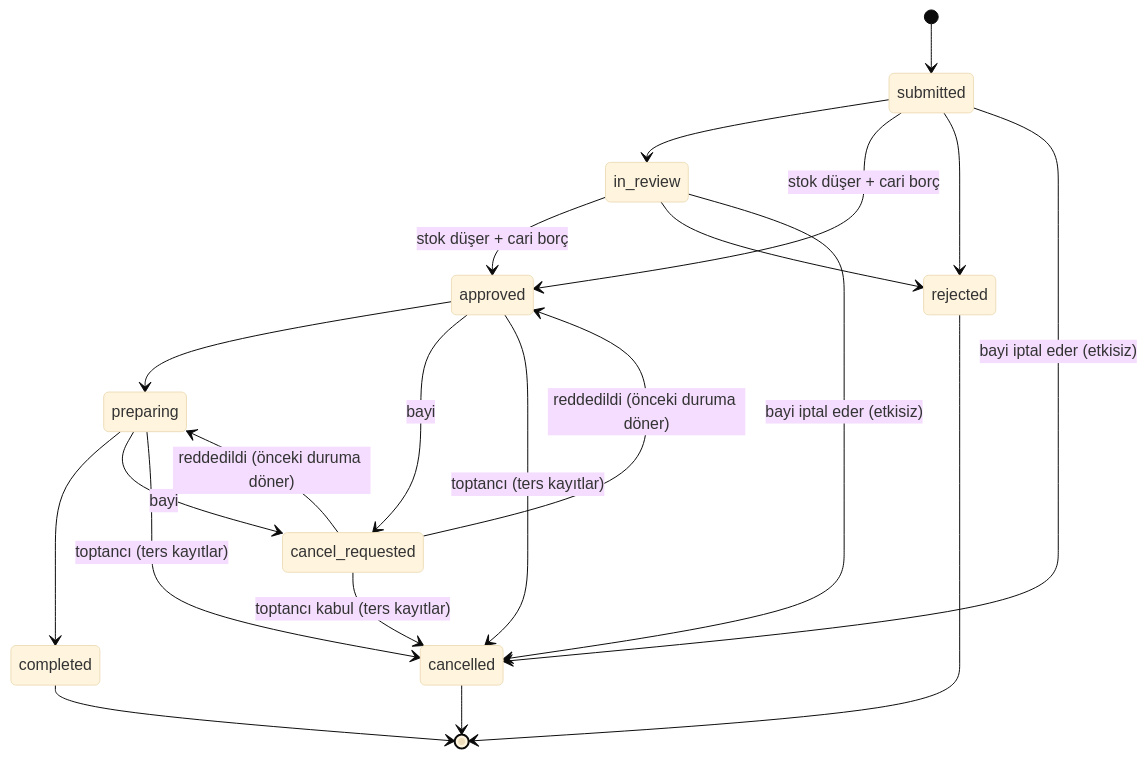
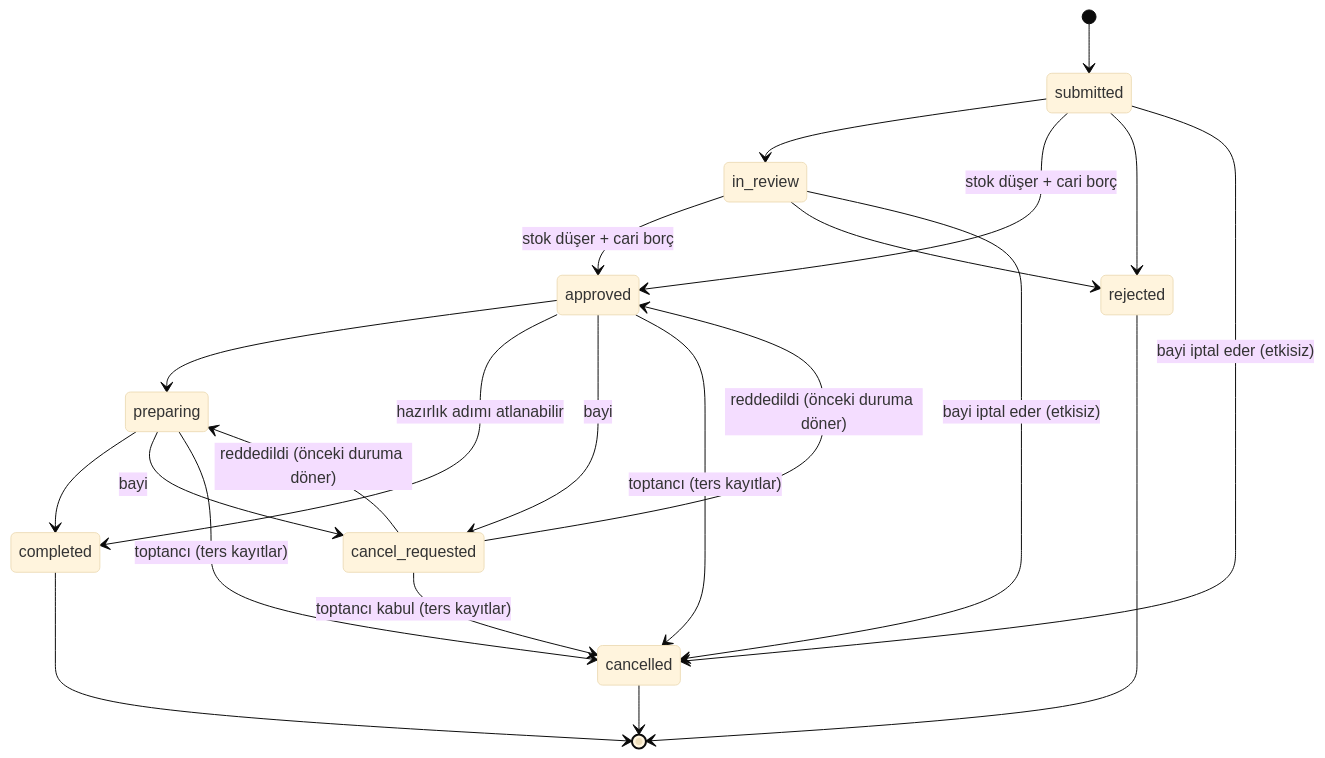
Before and after one commit to Burakgul3085/B2B: the second of 2 diagrams in docs/03-is-kurallari.md, drawn with Mermaid (base theme). The commit also changed 53 other files, not shown here.

````diff
--- a/docs/03-is-kurallari.md
+++ b/docs/03-is-kurallari.md
@@ -75,23 +75,24 @@
 ```mermaid
 stateDiagram-v2
   [*] --> submitted
   submitted --> in_review
   submitted --> approved: stok düşer + cari borç
   submitted --> rejected
   submitted --> cancelled: bayi iptal eder (etkisiz)
   in_review --> approved: stok düşer + cari borç
   in_review --> rejected
   in_review --> cancelled: bayi iptal eder (etkisiz)
   approved --> preparing
+  approved --> completed: hazırlık adımı atlanabilir
   approved --> cancel_requested: bayi
   approved --> cancelled: toptancı (ters kayıtlar)
   preparing --> completed
   preparing --> cancel_requested: bayi
   preparing --> cancelled: toptancı (ters kayıtlar)
   cancel_requested --> cancelled: toptancı kabul (ters kayıtlar)
   cancel_requested --> approved: reddedildi (önceki duruma döner)
   cancel_requested --> preparing: reddedildi (önceki duruma döner)
   completed --> [*]
   rejected --> [*]
   cancelled --> [*]
 ```
````
